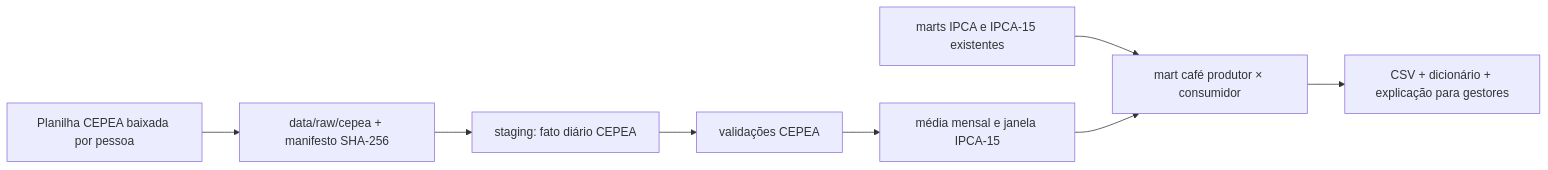
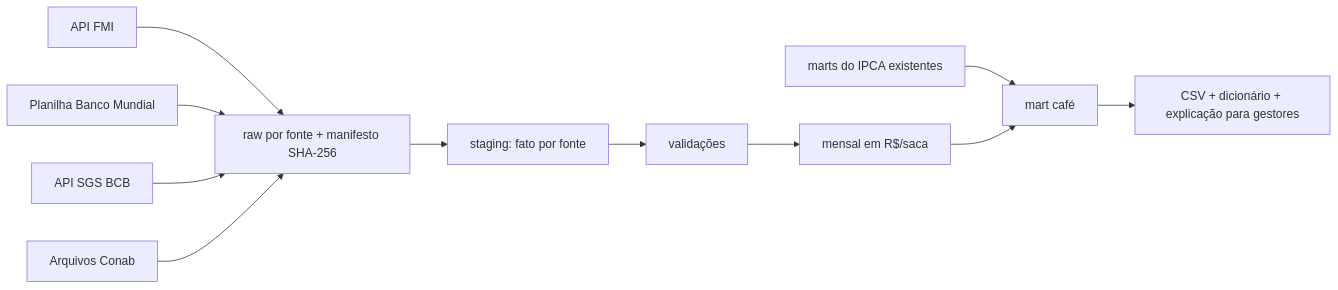
The diagram in docs/projetos/cafe-piloto.md (marcelo7bastos/macroeconomia-agricultura-familiar), drawn with Mermaid before and after one commit. The commit also changed other lines of this file, not shown here.

First line of the commit message:
docs: piloto do café com FMI, Banco Mundial, BCB e Conab, só IPCA (#62)

````diff
--- a/docs/projetos/cafe-piloto.md
+++ b/docs/projetos/cafe-piloto.md
@@ -79,10 +67,13 @@
 ```mermaid
 flowchart LR
-    A[Planilha CEPEA baixada por pessoa] --> B[data/raw/cepea + manifesto SHA-256]
-    B --> C[staging: fato diário CEPEA]
-    C --> D[validações CEPEA]
-    D --> E[média mensal e janela IPCA-15]
-    F[marts IPCA e IPCA-15 existentes] --> G[mart café produtor × consumidor]
-    E --> G
-    G --> H[CSV + dicionário + explicação para gestores]
+    A[API FMI] --> R[raw por fonte + manifesto SHA-256]
+    B[Planilha Banco Mundial] --> R
+    C[API SGS BCB] --> R
+    D[Arquivos Conab] --> R
+    R --> S[staging: fato por fonte]
+    S --> V[validações]
+    V --> M[mensal em R$/saca]
+    I[marts do IPCA existentes] --> X[mart café]
+    M --> X
+    X --> O[CSV + dicionário + explicação para gestores]
 ```
````
